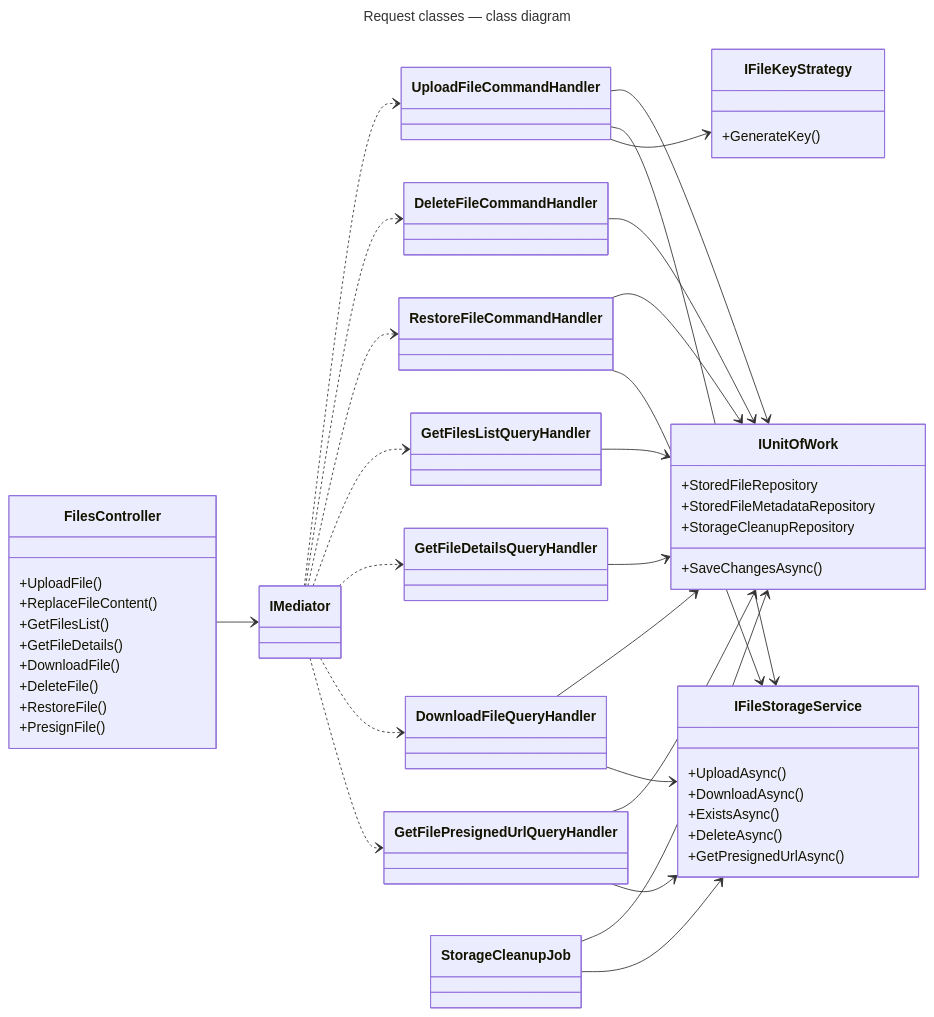
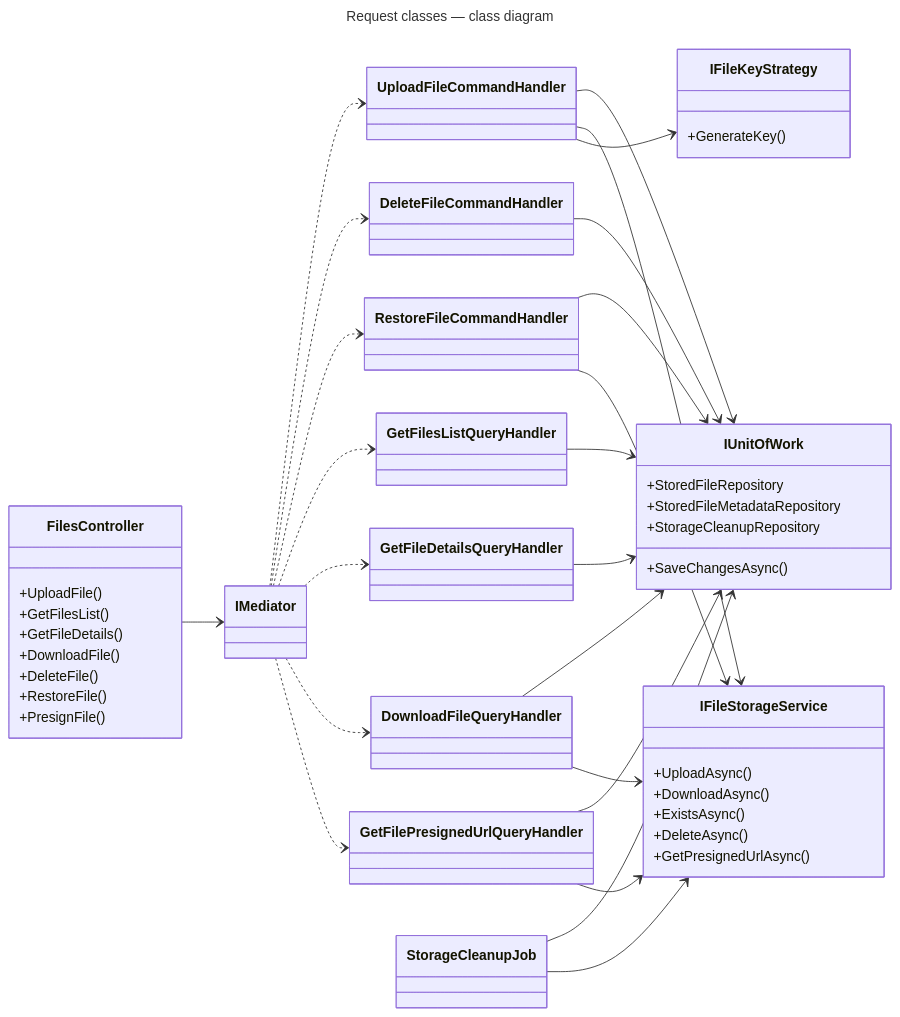
One commit to gmetskhvarishvili/GM.FileStorage.Samples changed the fifth of 6 diagrams in docs/dependencies.md. Above: the diagram before and after it, drawn with Mermaid. The commit also changed other lines of this file and 17 other files, not shown here.

````diff
--- a/docs/dependencies.md
+++ b/docs/dependencies.md
@@ -174,68 +174,67 @@
 ```mermaid
 ---
 title: Request classes — class diagram
 ---
 classDiagram
     direction LR
 
     class FilesController {
         +UploadFile()
-        +ReplaceFileContent()
         +GetFilesList()
         +GetFileDetails()
         +DownloadFile()
         +DeleteFile()
         +RestoreFile()
         +PresignFile()
     }
     class IMediator
     class UploadFileCommandHandler
     class DeleteFileCommandHandler
     class RestoreFileCommandHandler
     class GetFilesListQueryHandler
     class GetFileDetailsQueryHandler
     class DownloadFileQueryHandler
     class GetFilePresignedUrlQueryHandler
 
     class IUnitOfWork {
         +StoredFileRepository
         +StoredFileMetadataRepository
         +StorageCleanupRepository
         +SaveChangesAsync()
     }
     class IFileStorageService {
         +UploadAsync()
         +DownloadAsync()
         +ExistsAsync()
         +DeleteAsync()
         +GetPresignedUrlAsync()
     }
     class IFileKeyStrategy {
         +GenerateKey()
     }
     class StorageCleanupJob
 
     FilesController --> IMediator
     IMediator ..> UploadFileCommandHandler
     IMediator ..> DeleteFileCommandHandler
     IMediator ..> RestoreFileCommandHandler
     IMediator ..> GetFilesListQueryHandler
     IMediator ..> GetFileDetailsQueryHandler
     IMediator ..> DownloadFileQueryHandler
     IMediator ..> GetFilePresignedUrlQueryHandler
 
     UploadFileCommandHandler --> IUnitOfWork
     UploadFileCommandHandler --> IFileStorageService
     UploadFileCommandHandler --> IFileKeyStrategy
     DeleteFileCommandHandler --> IUnitOfWork
     RestoreFileCommandHandler --> IUnitOfWork
     RestoreFileCommandHandler --> IFileStorageService
     GetFilesListQueryHandler --> IUnitOfWork
     GetFileDetailsQueryHandler --> IUnitOfWork
     DownloadFileQueryHandler --> IUnitOfWork
     DownloadFileQueryHandler --> IFileStorageService
     GetFilePresignedUrlQueryHandler --> IUnitOfWork
     GetFilePresignedUrlQueryHandler --> IFileStorageService
     StorageCleanupJob --> IUnitOfWork
     StorageCleanupJob --> IFileStorageService
 ```
````
